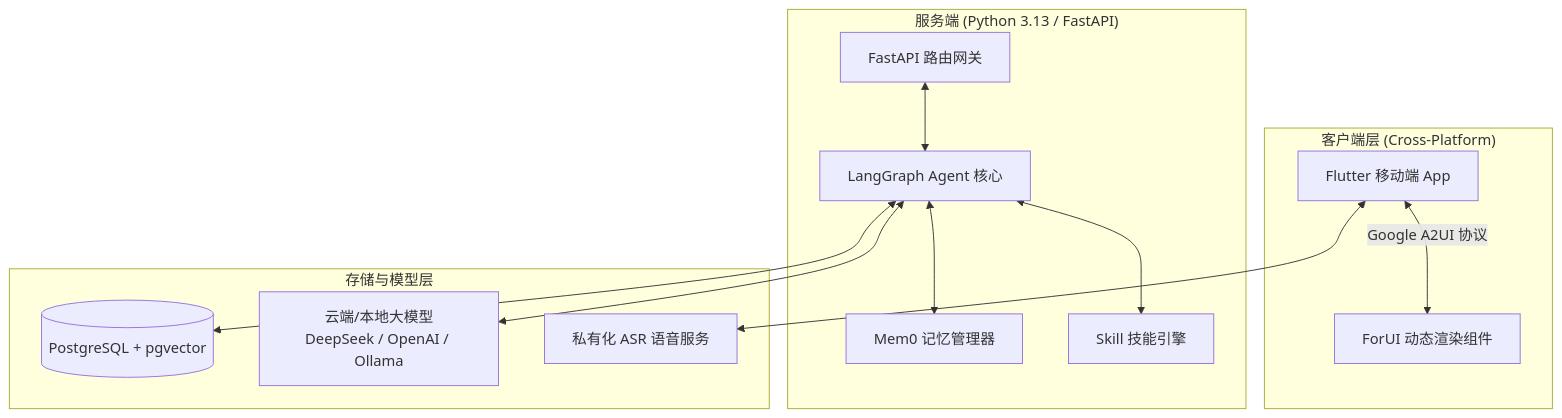
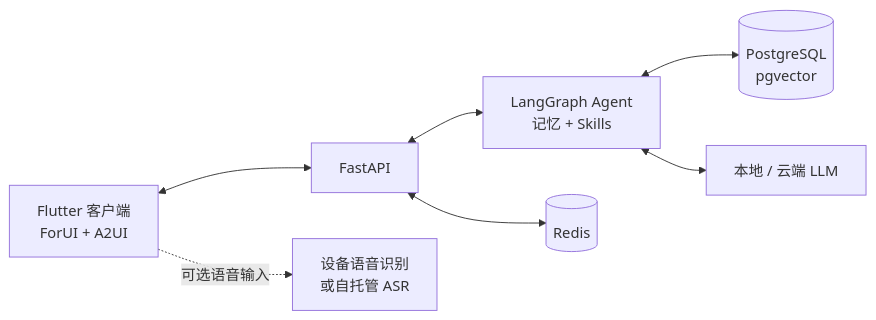
Before and after one commit to 4beru/monivo: the diagram in README_ZH.md, drawn with Mermaid. The commit also changed other lines of this file and 2 other files, not shown here.

````diff
--- a/README_ZH.md
+++ b/README_ZH.md
@@ -65,18 +64,9 @@
-```mermaid
-flowchart TD
-    subgraph Client ["客户端层 (Cross-Platform)"]
-        A[Flutter 移动端 App] <-->|Google A2UI 协议| B[ForUI 动态渲染组件]
-    end
-
-    subgraph Backend ["服务端 (Python 3.13 / FastAPI)"]
-        C[FastAPI 路由网关] <--> D[LangGraph Agent 核心]
-        D <--> E[Mem0 记忆管理器]
-        D <--> F[Skill 技能引擎]
-    end
-
-    subgraph Storage ["存储与模型层"]
-        D <--> G[(PostgreSQL + pgvector)]
-        D <--> H[云端/本地大模型\nDeepSeek / OpenAI / Ollama]
-        A <--> I[私有化 ASR 语音服务]
-    end
-```
+~~~mermaid
+flowchart LR
+    A["Flutter 客户端<br/>ForUI + A2UI"] <--> B["FastAPI"]
+    B <--> C["LangGraph Agent<br/>记忆 + Skills"]
+    C <--> D[("PostgreSQL<br/>pgvector")]
+    C <--> E["本地 / 云端 LLM"]
+    B <--> F[("Redis")]
+    A -. "可选语音输入" .-> G["设备语音识别<br/>或自托管 ASR"]
+~~~
````
